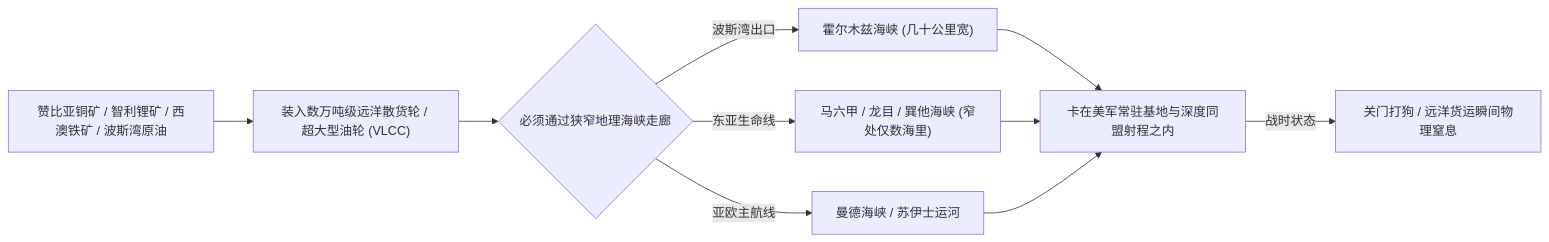
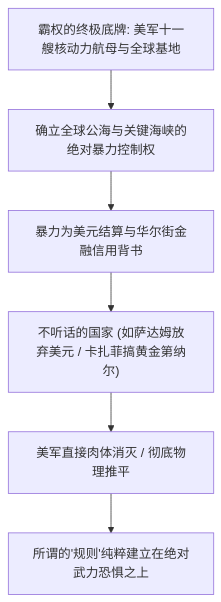
Before and after one commit to Terry-/glog: the first of 2 diagrams in src/content/blog/Global Sea Power and the Geopolitics of Modern Empire 2026-10-25.md, drawn with Mermaid. The commit also changed other lines of this file and 5 other files, not shown here.

````diff
--- a/src/content/blog/Global Sea Power and the Geopolitics of Modern Empire 2026-10-25.md
+++ b/src/content/blog/Global Sea Power and the Geopolitics of Modern Empire 2026-10-25.md
@@ -57,11 +26,8 @@
 ```mermaid
-graph LR
-    A["赞比亚铜矿 / 智利锂矿 / 西澳铁矿 / 波斯湾原油"] --> B["装入数万吨级远洋散货轮 / 超大型油轮 (VLCC)"]
-    B --> C{"必须通过狭窄地理海峡走廊"}
-    C -->|波斯湾出口| D["霍尔木兹海峡 (几十公里宽)"]
-    C -->|东亚生命线| E["马六甲 / 龙目 / 巽他海峡 (窄处仅数海里)"]
-    C -->|亚欧主航线| F["曼德海峡 / 苏伊士运河"]
-
-    D & E & F --> G["卡在美军常驻基地与深度同盟射程之内"]
-    G -->|战时状态| H["关门打狗 / 远洋货运瞬间物理窒息"]
+flowchart TD
+    A["霸权的终极底牌: 美军十一艘核动力航母与全球基地"] --> B["确立全球公海与关键海峡的绝对暴力控制权"]
+    B --> C["暴力为美元结算与华尔街金融信用背书"]
+    C --> D["不听话的国家 (如萨达姆放弃美元 / 卡扎菲搞黄金第纳尔)"]
+    D --> E["美军直接肉体消灭 / 彻底物理推平"]
+    E --> F["所谓的'规则'纯粹建立在绝对武力恐惧之上"]
 ```
````
